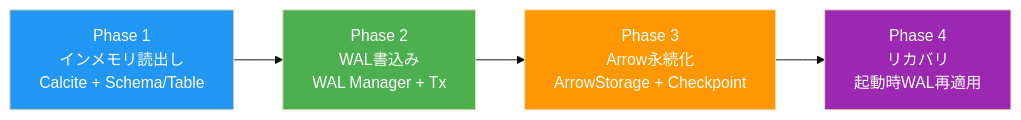
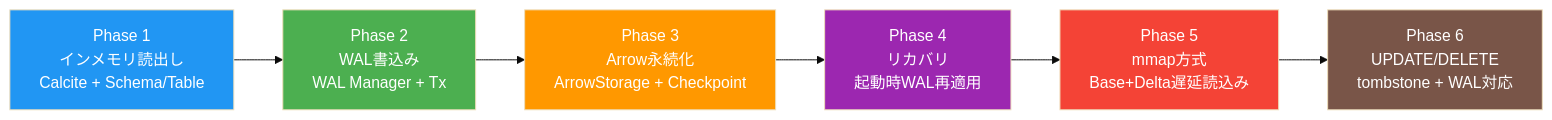
One commit to n-noguchi/example-rdb changed the ninth of 9 diagrams in docs/DESIGN.md. Above: the diagram before and after it, drawn with Mermaid (base theme). The commit also changed other lines of this file and 13 other files, not shown here.

````diff
--- a/docs/DESIGN.md
+++ b/docs/DESIGN.md
@@ -352,14 +457,18 @@
 ```mermaid
 graph LR
     P1["Phase 1<br/>インメモリ読出し<br/>Calcite + Schema/Table"]
     P2["Phase 2<br/>WAL書込み<br/>WAL Manager + Tx"]
     P3["Phase 3<br/>Arrow永続化<br/>ArrowStorage + Checkpoint"]
     P4["Phase 4<br/>リカバリ<br/>起動時WAL再適用"]
+    P5["Phase 5<br/>mmap方式<br/>Base+Delta遅延読込み"]
+    P6["Phase 6<br/>UPDATE/DELETE<br/>tombstone + WAL対応"]
 
-    P1 --> P2 --> P3 --> P4
+    P1 --> P2 --> P3 --> P4 --> P5 --> P6
 
     style P1 fill:#2196F3,color:#fff
     style P2 fill:#4CAF50,color:#fff
     style P3 fill:#FF9800,color:#fff
     style P4 fill:#9C27B0,color:#fff
+    style P5 fill:#F44336,color:#fff
+    style P6 fill:#795548,color:#fff
 ```
````
